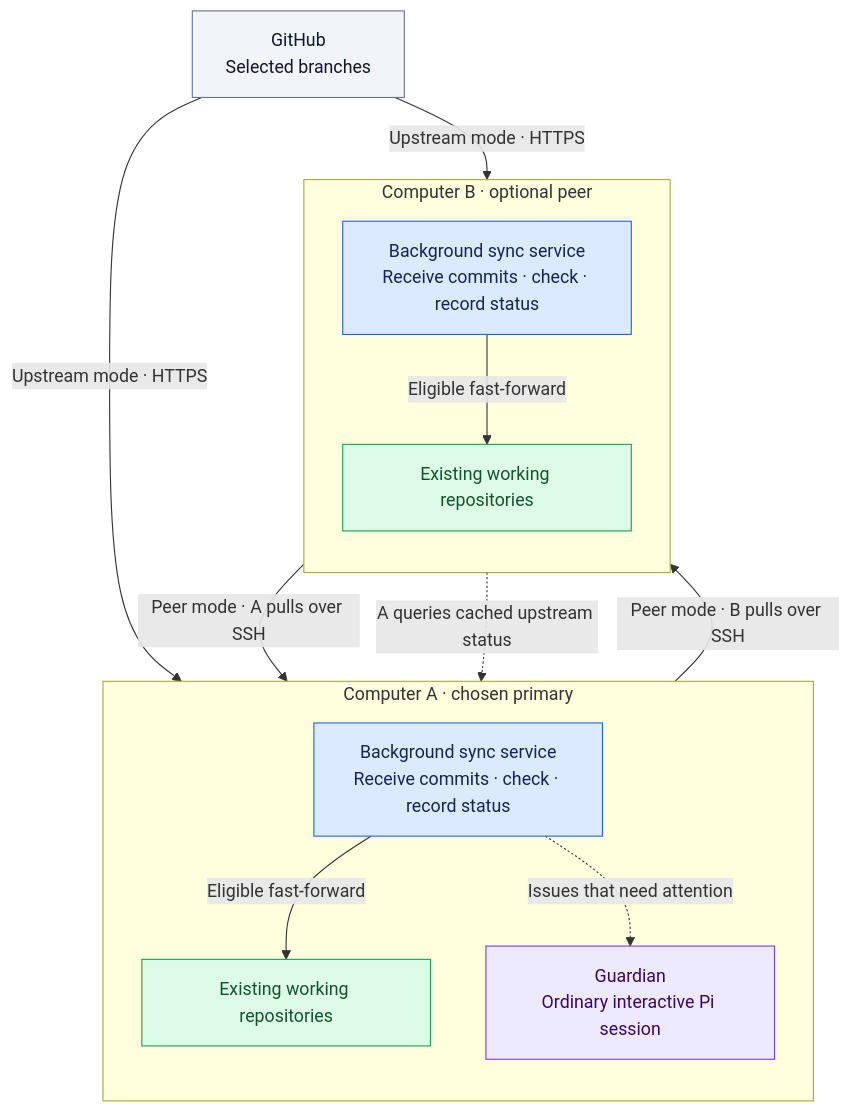
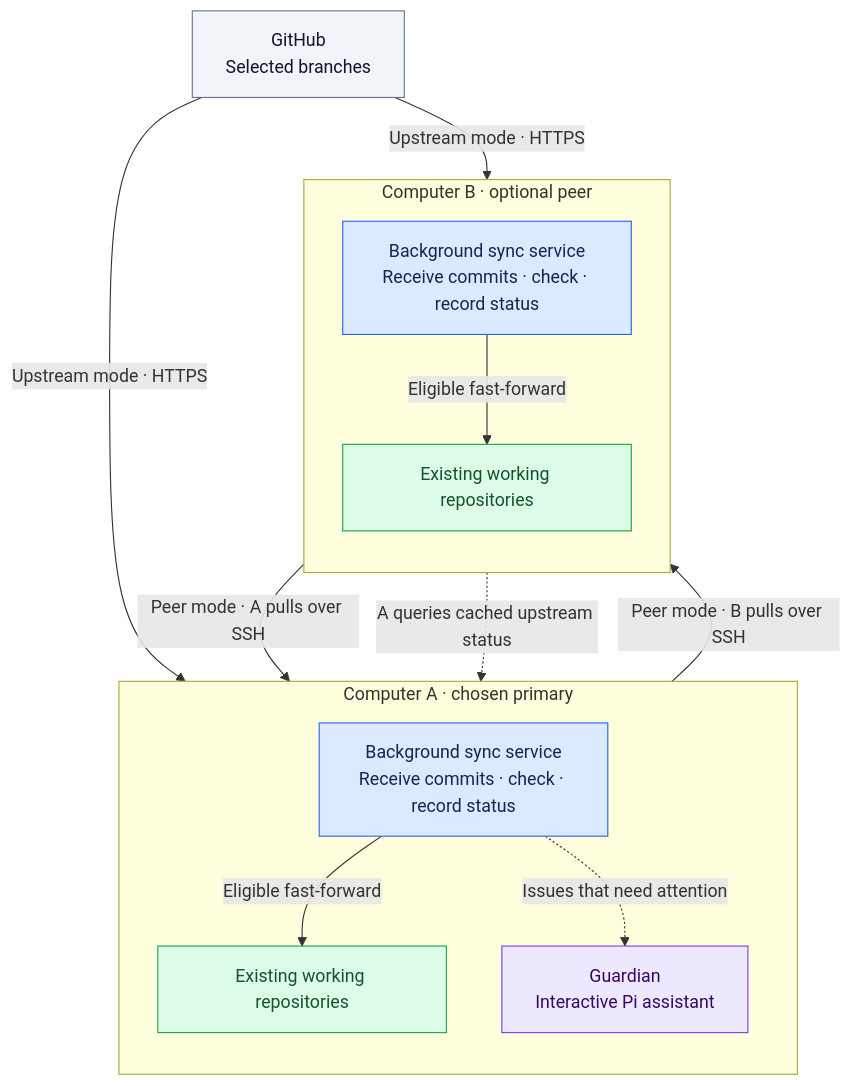
Before and after one commit to roshameow/git-sync: the first of 2 diagrams in README.md, drawn with Mermaid. The commit also changed other lines of this file and 2 other files, not shown here.

Commit message:
docs: explain Guardian benefits and explicit setup dependencies

````diff
--- a/README.md
+++ b/README.md
@@ -41,35 +41,35 @@
 ```mermaid
 flowchart TB
     GH["GitHub<br/>Selected branches"]
 
     subgraph A["Computer A · chosen primary"]
         direction TB
         SA["Background sync service<br/>Receive commits · check · record status"]
         RA["Existing working repositories"]
-        GA["Guardian<br/>Ordinary interactive Pi session"]
+        GA["Guardian<br/>Interactive Pi assistant"]
         SA -->|"Eligible fast-forward"| RA
         SA -.->|"Issues that need attention"| GA
     end
 
     subgraph B["Computer B · optional peer"]
         direction TB
         SB["Background sync service<br/>Receive commits · check · record status"]
         RB["Existing working repositories"]
         SB -->|"Eligible fast-forward"| RB
     end
 
     GH -->|"Upstream mode · HTTPS"| SA
     GH -->|"Upstream mode · HTTPS"| SB
     RA -->|"Peer mode · B pulls over SSH"| SB
     RB -->|"Peer mode · A pulls over SSH"| SA
     SB -.->|"A queries cached upstream status"| SA
 
     classDef source fill:#f1f5f9,stroke:#64748b,color:#0f172a
     classDef service fill:#dbeafe,stroke:#2563eb,color:#172554
     classDef workspace fill:#dcfce7,stroke:#16a34a,color:#14532d
     classDef assistant fill:#ede9fe,stroke:#7c3aed,color:#3b0764
     class GH source
     class SA,SB service
     class RA,RB workspace
     class GA assistant
 ```
````
